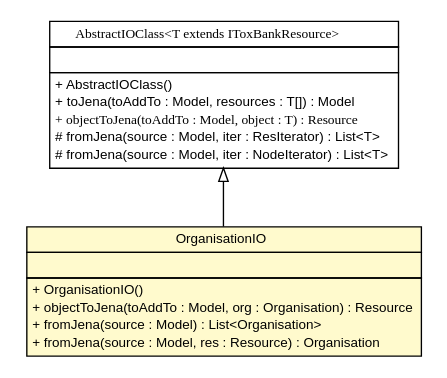
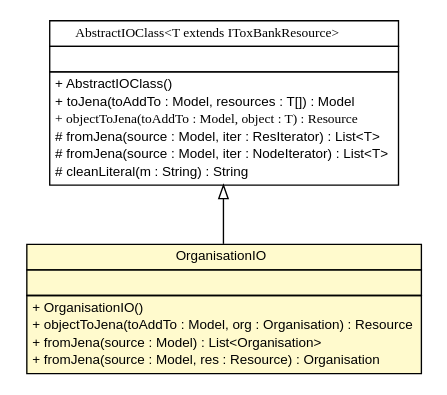
Before and after one commit to ToxBank/toxbank-api-beans: the diagram in apidocs/net/toxbank/client/io/rdf/OrganisationIO.dot, drawn with Graphviz. The commit also changed 216 other files, not shown here.

```diff
--- a/apidocs/net/toxbank/client/io/rdf/OrganisationIO.dot
+++ b/apidocs/net/toxbank/client/io/rdf/OrganisationIO.dot
@@ -1,43 +1,44 @@
 #!/usr/local/bin/dot
 #
 # Class diagram 
 # Generated by UmlGraph version 4.6 (http://www.spinellis.gr/sw/umlgraph)
 #
 
 digraph G {
 	edge [fontname="arial",fontsize=10,labelfontname="arial",labelfontsize=10];
 	node [fontname="arial",fontsize=10,shape=plaintext];
 	// net.toxbank.client.io.rdf.OrganisationIO
-	c339 [label=<<table border="0" cellborder="1" cellspacing="0" cellpadding="2" port="p" bgcolor="lemonChiffon" href="./OrganisationIO.html">
+	c441 [label=<<table border="0" cellborder="1" cellspacing="0" cellpadding="2" port="p" bgcolor="lemonChiffon" href="./OrganisationIO.html">
 		<tr><td><table border="0" cellspacing="0" cellpadding="1">
 			<tr><td> OrganisationIO </td></tr>
 		</table></td></tr>
 		<tr><td><table border="0" cellspacing="0" cellpadding="1">
 			<tr><td align="left">  </td></tr>
 		</table></td></tr>
 		<tr><td><table border="0" cellspacing="0" cellpadding="1">
 			<tr><td align="left"> + OrganisationIO() </td></tr>
 			<tr><td align="left"> + objectToJena(toAddTo : Model, org : Organisation) : Resource </td></tr>
 			<tr><td align="left"> + fromJena(source : Model) : List&lt;Organisation&gt; </td></tr>
 			<tr><td align="left"> + fromJena(source : Model, res : Resource) : Organisation </td></tr>
 		</table></td></tr>
 		</table>>, fontname="arial", fontcolor="black", fontsize=10.0];
 	// net.toxbank.client.io.rdf.AbstractIOClass<T extends net.toxbank.client.resource.IToxBankResource>
-	c345 [label=<<table border="0" cellborder="1" cellspacing="0" cellpadding="2" port="p" href="./AbstractIOClass.html">
+	c447 [label=<<table border="0" cellborder="1" cellspacing="0" cellpadding="2" port="p" href="./AbstractIOClass.html">
 		<tr><td><table border="0" cellspacing="0" cellpadding="1">
 			<tr><td><font face="ariali"> AbstractIOClass&lt;T extends IToxBankResource&gt; </font></td></tr>
 		</table></td></tr>
 		<tr><td><table border="0" cellspacing="0" cellpadding="1">
 			<tr><td align="left">  </td></tr>
 		</table></td></tr>
 		<tr><td><table border="0" cellspacing="0" cellpadding="1">
 			<tr><td align="left"> + AbstractIOClass() </td></tr>
 			<tr><td align="left"> + toJena(toAddTo : Model, resources : T[]) : Model </td></tr>
 			<tr><td align="left"><font face="ariali" point-size="10.0"> + objectToJena(toAddTo : Model, object : T) : Resource </font></td></tr>
 			<tr><td align="left"> # fromJena(source : Model, iter : ResIterator) : List&lt;T&gt; </td></tr>
 			<tr><td align="left"> # fromJena(source : Model, iter : NodeIterator) : List&lt;T&gt; </td></tr>
+			<tr><td align="left"> # cleanLiteral(m : String) : String </td></tr>
 		</table></td></tr>
 		</table>>, fontname="arial", fontcolor="black", fontsize=10.0];
 	//net.toxbank.client.io.rdf.OrganisationIO extends net.toxbank.client.io.rdf.AbstractIOClass<net.toxbank.client.resource.Organisation>
-	c345:p -> c339:p [dir=back,arrowtail=empty];
+	c447:p -> c441:p [dir=back,arrowtail=empty];
 }
```
